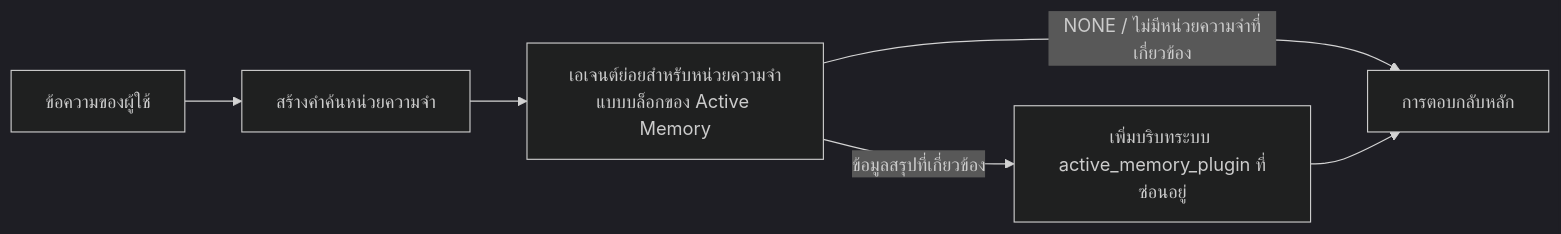
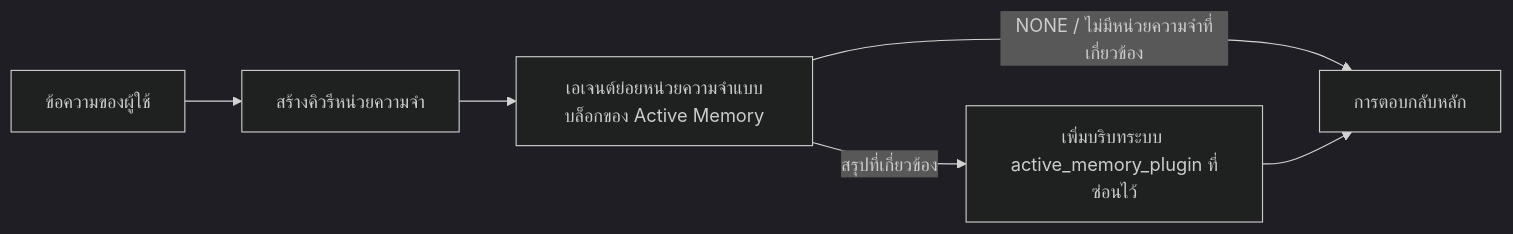
One commit to openclaw/docs changed the diagram in docs/th/concepts/active-memory.md. Above: the diagram before and after it, drawn with Mermaid (dark theme). The commit also changed other lines of this file and 1235 other files, not shown here.

````diff
--- a/docs/th/concepts/active-memory.md
+++ b/docs/th/concepts/active-memory.md
@@ -75,8 +131,8 @@
 ```mermaid
 flowchart LR
-  U["ข้อความของผู้ใช้"] --> Q["สร้างคำค้นหน่วยความจำ"]
-  Q --> R["เอเจนต์ย่อยสำหรับหน่วยความจำแบบบล็อกของ Active Memory"]
+  U["ข้อความของผู้ใช้"] --> Q["สร้างคิวรีหน่วยความจำ"]
+  Q --> R["เอเจนต์ย่อยหน่วยความจำแบบบล็อกของ Active Memory"]
   R -->|NONE / ไม่มีหน่วยความจำที่เกี่ยวข้อง| M["การตอบกลับหลัก"]
-  R -->|ข้อมูลสรุปที่เกี่ยวข้อง| I["เพิ่มบริบทระบบ active_memory_plugin ที่ซ่อนอยู่"]
+  R -->|สรุปที่เกี่ยวข้อง| I["เพิ่มบริบทระบบ active_memory_plugin ที่ซ่อนไว้"]
   I --> M["การตอบกลับหลัก"]
 ```
````
